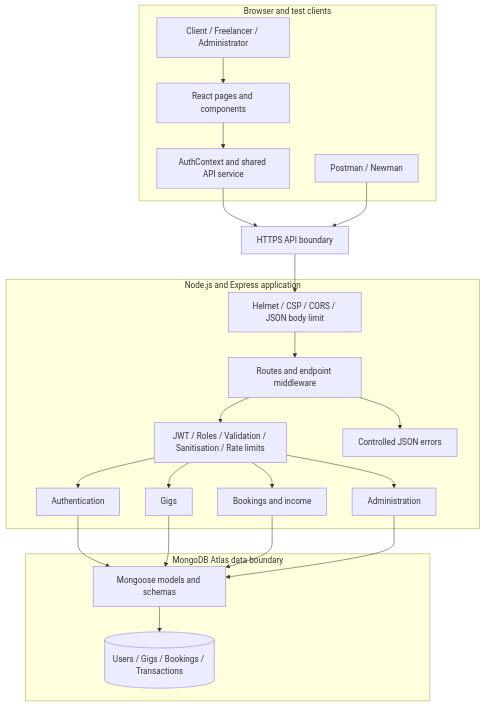
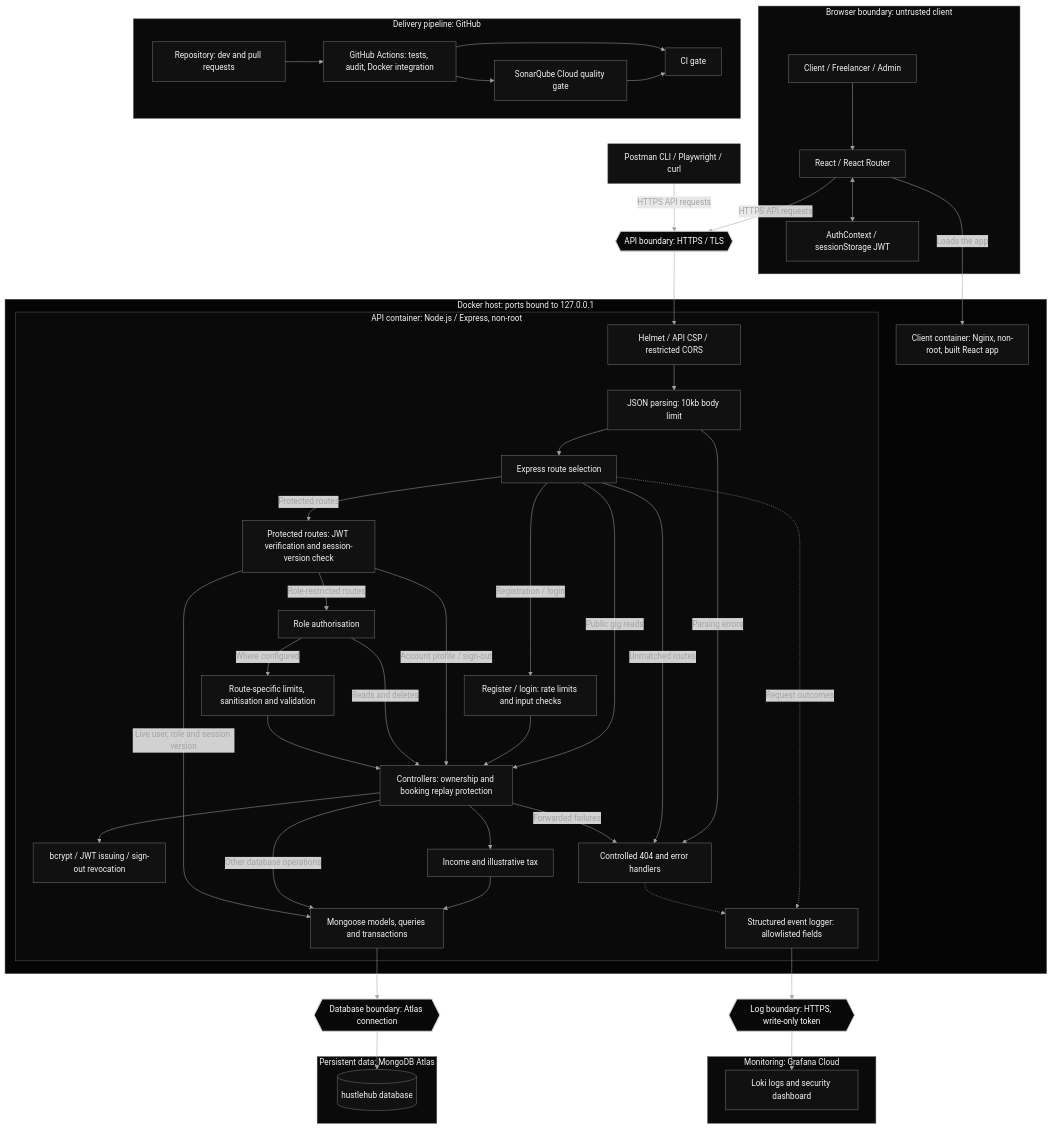
One commit to ST10437403-JamesMaherry/HustleHub-Plus changed the diagram in README.md. Above: the diagram before and after it, drawn with Mermaid. The commit also changed other lines of this file and 2 other files, not shown here.

Commit message:
docs(architecture): refresh trust boundaries and deployment diagram

````diff
--- a/README.md
+++ b/README.md
@@ -89,43 +89,92 @@
 ```mermaid
 flowchart TB
-    subgraph BROWSER["Browser and test clients"]
-        USER["Client / Freelancer / Administrator"]
-        REACT["React pages and components"]
-        AUTH["AuthContext and shared API service"]
-        TESTS["Postman / Newman"]
-        USER --> REACT --> AUTH
+    subgraph BROWSER["Browser boundary: untrusted client"]
+        ACTORS["Client / Freelancer / Admin"]
+        REACT["React / React Router"]
+        SESSION["AuthContext / sessionStorage JWT"]
+        ACTORS --> REACT
+        REACT <--> SESSION
     end
 
-    TLS["HTTPS API boundary"]
+    TOOLS["Postman CLI / Playwright / curl"]
+    HTTPS{{"API boundary: HTTPS / TLS"}}
 
-    subgraph SERVER["Node.js and Express application"]
-        HTTP["Helmet / CSP / CORS / JSON body limit"]
-        ROUTES["Routes and endpoint middleware"]
-        GUARDS["JWT / Roles / Validation / Sanitisation / Rate limits"]
-        AUTHCTRL["Authentication"]
-        GIGCTRL["Gigs"]
-        MONEYCTRL["Bookings and income"]
-        ADMINCTRL["Administration"]
-        ERRORS["Controlled JSON errors"]
-        HTTP --> ROUTES --> GUARDS
-        GUARDS --> AUTHCTRL
-        GUARDS --> GIGCTRL
-        GUARDS --> MONEYCTRL
-        GUARDS --> ADMINCTRL
-        ROUTES --> ERRORS
+    subgraph HOST["Docker host: ports bound to 127.0.0.1"]
+        NGINX["Client container: Nginx, non-root, built React app"]
+
+        subgraph SERVER["API container: Node.js / Express, non-root"]
+            HEADERS["Helmet / API CSP / restricted CORS"]
+            BODY["JSON parsing: 10kb body limit"]
+            ROUTES["Express route selection"]
+            AUTH["Register / login: rate limits and input checks"]
+            JWT["Protected routes: JWT verification and session-version check"]
+            RBAC["Role authorisation"]
+            INPUT["Route-specific limits, sanitisation and validation"]
+            CTRL["Controllers: ownership and booking replay protection"]
+            CREDENTIALS["bcrypt / JWT issuing / sign-out revocation"]
+            INCOME["Income and illustrative tax"]
+            MONGOOSE["Mongoose models, queries and transactions"]
+            ERRORS["Controlled 404 and error handlers"]
+            LOGGER["Structured event logger: allowlisted fields"]
+
+            HEADERS --> BODY --> ROUTES
+            ROUTES -->|"Registration / login"| AUTH
+            ROUTES -->|"Protected routes"| JWT
+            ROUTES -->|"Public gig reads"| CTRL
+            AUTH --> CTRL
+            JWT -->|"Account profile / sign-out"| CTRL
+            JWT -->|"Role-restricted routes"| RBAC
+            RBAC -->|"Where configured"| INPUT
+            RBAC -->|"Reads and deletes"| CTRL
+            INPUT --> CTRL
+            CTRL --> CREDENTIALS
+            CTRL --> INCOME --> MONGOOSE
+            CTRL -->|"Other database operations"| MONGOOSE
+            JWT -->|"Live user, role and session version"| MONGOOSE
+            BODY -->|"Parsing errors"| ERRORS
+            ROUTES -->|"Unmatched routes"| ERRORS
+            CTRL -->|"Forwarded failures"| ERRORS
+            ROUTES -.->|"Request outcomes"| LOGGER
+            ERRORS -.-> LOGGER
+        end
     end
 
-    subgraph DATA["MongoDB Atlas data boundary"]
-        MODELS["Mongoose models and schemas"]
-        DATABASE[("Users / Gigs / Bookings / Transactions")]
-        MODELS --> DATABASE
+    DBBOUNDARY{{"Database boundary: Atlas connection"}}
+    subgraph DATA["Persistent data: MongoDB Atlas"]
+        MONGO[("hustlehub database")]
     end
 
-    AUTH --> TLS
-    TESTS --> TLS
-    TLS --> HTTP
-    AUTHCTRL --> MODELS
-    GIGCTRL --> MODELS
-    MONEYCTRL --> MODELS
-    ADMINCTRL --> MODELS
+    LOGBOUNDARY{{"Log boundary: HTTPS, write-only token"}}
+    subgraph MONITOR["Monitoring: Grafana Cloud"]
+        LOKI["Loki logs and security dashboard"]
+    end
+
+    subgraph PIPE["Delivery pipeline: GitHub"]
+        REPO["Repository: dev and pull requests"]
+        GHA["GitHub Actions: tests, audit, Docker integration"]
+        SONAR["SonarQube Cloud quality gate"]
+        GATE["CI gate"]
+        REPO --> GHA
+        GHA --> SONAR
+        GHA --> GATE
+        SONAR --> GATE
+    end
+
+    REACT -->|"Loads the app"| NGINX
+    REACT -->|"HTTPS API requests"| HTTPS
+    TOOLS -->|"HTTPS API requests"| HTTPS
+    HTTPS --> HEADERS
+    MONGOOSE --> DBBOUNDARY --> MONGO
+    LOGGER --> LOGBOUNDARY --> LOKI
+
+    classDef default fill:#111111,stroke:#737373,color:#f5f5f5
+    classDef boundary fill:#080808,stroke:#d4d4d4,stroke-width:2px,color:#ffffff
+    class HTTPS,DBBOUNDARY,LOGBOUNDARY boundary
+    style BROWSER fill:#0a0a0a,stroke:#525252,color:#f5f5f5
+    style HOST fill:#050505,stroke:#3f3f3f,color:#f5f5f5
+    style SERVER fill:#0a0a0a,stroke:#525252,color:#f5f5f5
+    style DATA fill:#0a0a0a,stroke:#525252,color:#f5f5f5
+    style MONITOR fill:#0a0a0a,stroke:#525252,color:#f5f5f5
+    style PIPE fill:#0a0a0a,stroke:#525252,color:#f5f5f5
+    linkStyle default stroke:#a3a3a3,color:#a3a3a3
 ```
````
